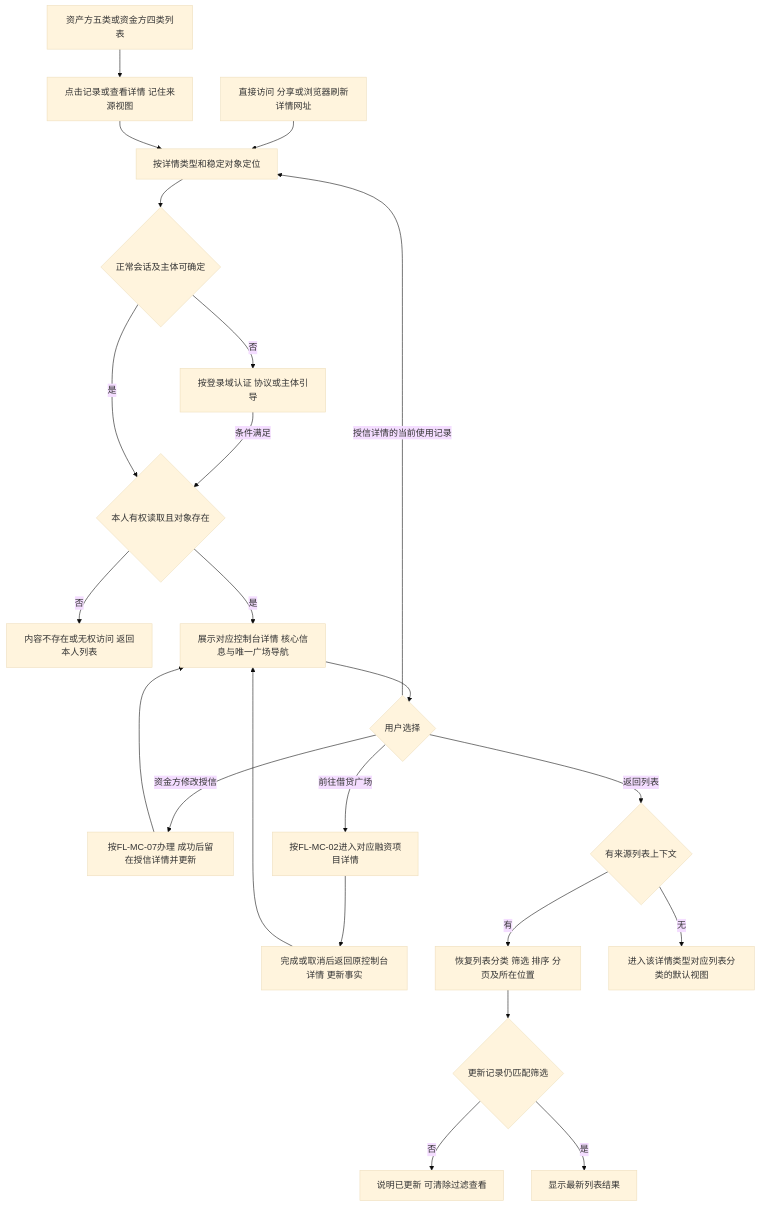
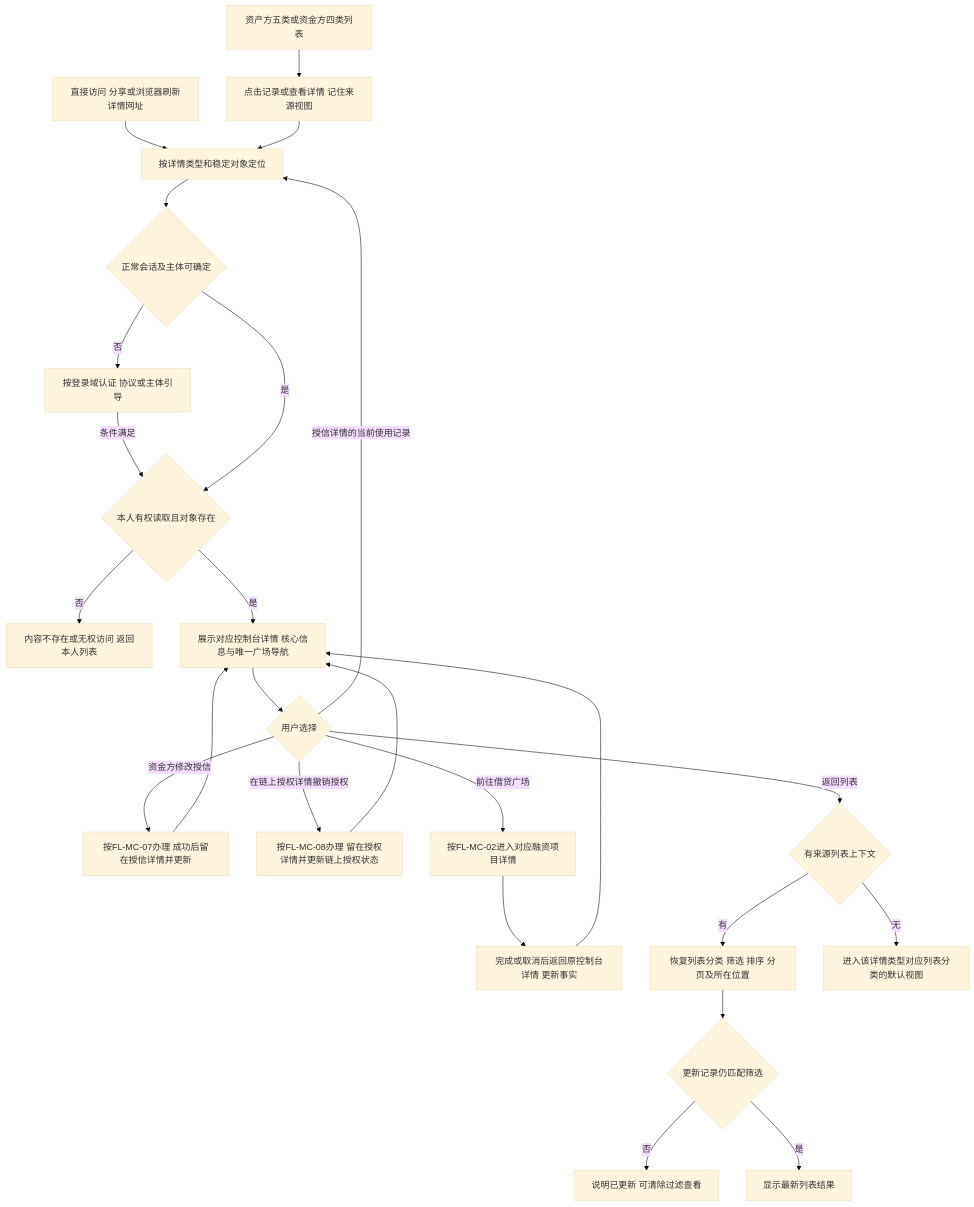
One commit to wxblockchain/Chain-Financing changed the eighth of 15 diagrams in lending-platform/PRD/面客端/09-我的控制台/02-我的控制台-流程图与状态机.md. Above: the diagram before and after it, drawn with Mermaid (base theme). The commit also changed other lines of this file and 5 other files, not shown here.

First line of the commit message:
prd(WS-450): console follows the on-chain flow; approvals list; disbursement info on repayment list

````diff
--- a/lending-platform/PRD/面客端/09-我的控制台/02-我的控制台-流程图与状态机.md
+++ b/lending-platform/PRD/面客端/09-我的控制台/02-我的控制台-流程图与状态机.md
@@ -212,25 +220,27 @@
 ```mermaid
 flowchart TD
   A[资产方五类或资金方四类列表] --> B[点击记录或查看详情 记住来源视图]
   C[直接访问 分享或浏览器刷新详情网址] --> D[按详情类型和稳定对象定位]
   B --> D
   D --> E{正常会话及主体可确定}
   E -- 否 --> F[按登录域认证 协议或主体引导]
   F -- 条件满足 --> G{本人有权读取且对象存在}
   E -- 是 --> G
   G -- 否 --> H[内容不存在或无权访问 返回本人列表]
   G -- 是 --> I[展示对应控制台详情 核心信息与唯一广场导航]
   I --> J{用户选择}
   J -- 授信详情的当前使用记录 --> D
   J -- 资金方修改授信 --> S[按FL-MC-07办理 成功后留在授信详情并更新]
   S --> I
+  J -- 在链上授权详情撤销授权 --> T[按FL-MC-08办理 留在授权详情并更新链上授权状态]
+  T --> I
   J -- 前往借贷广场 --> K[按FL-MC-02进入对应融资项目详情]
   K --> L[完成或取消后返回原控制台详情 更新事实]
   L --> I
   J -- 返回列表 --> M{有来源列表上下文}
   M -- 有 --> N[恢复列表分类 筛选 排序 分页及所在位置]
   M -- 无 --> O[进入该详情类型对应列表分类的默认视图]
   N --> P{更新记录仍匹配筛选}
   P -- 否 --> Q[说明已更新 可清除过滤查看]
   P -- 是 --> R[显示最新列表结果]
 ```
````
